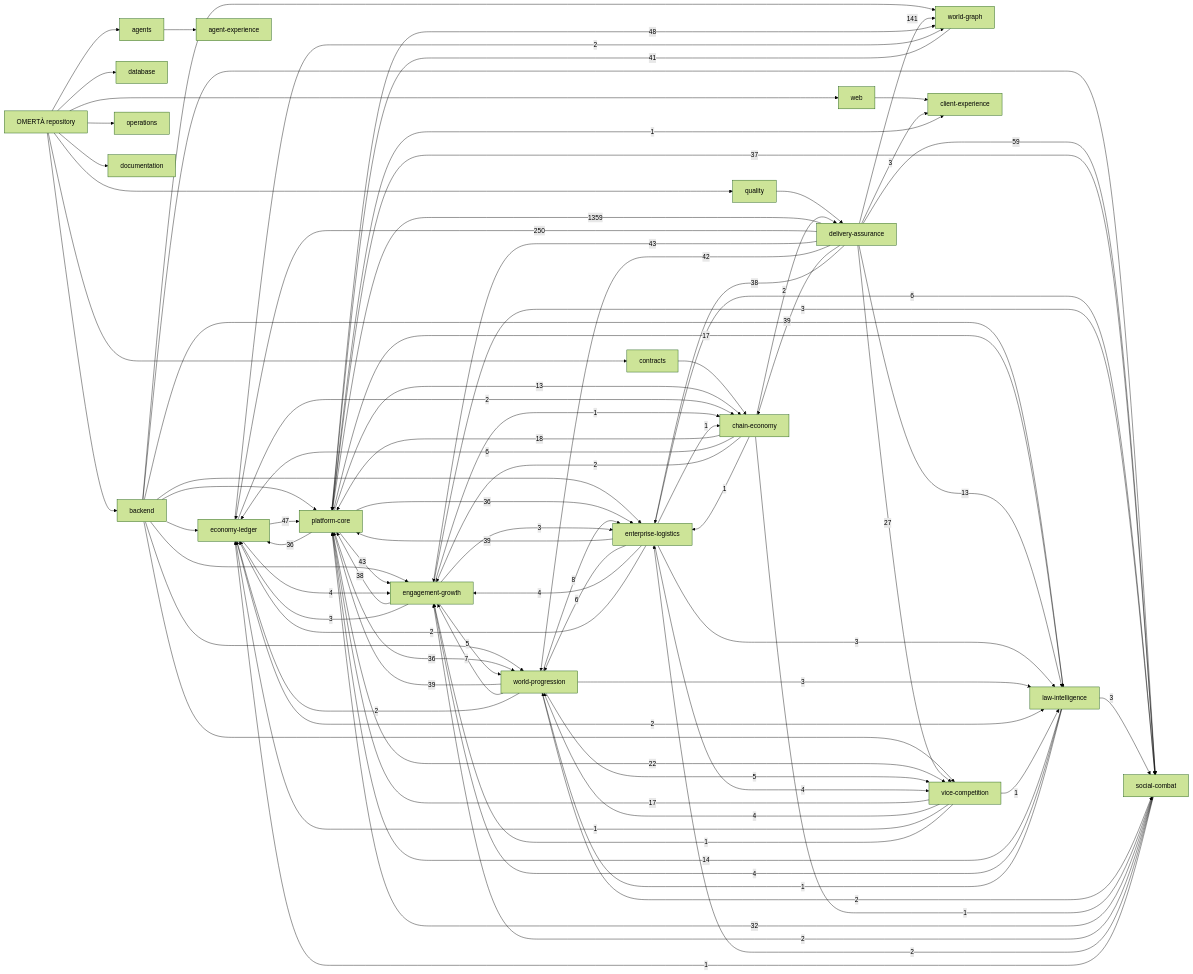
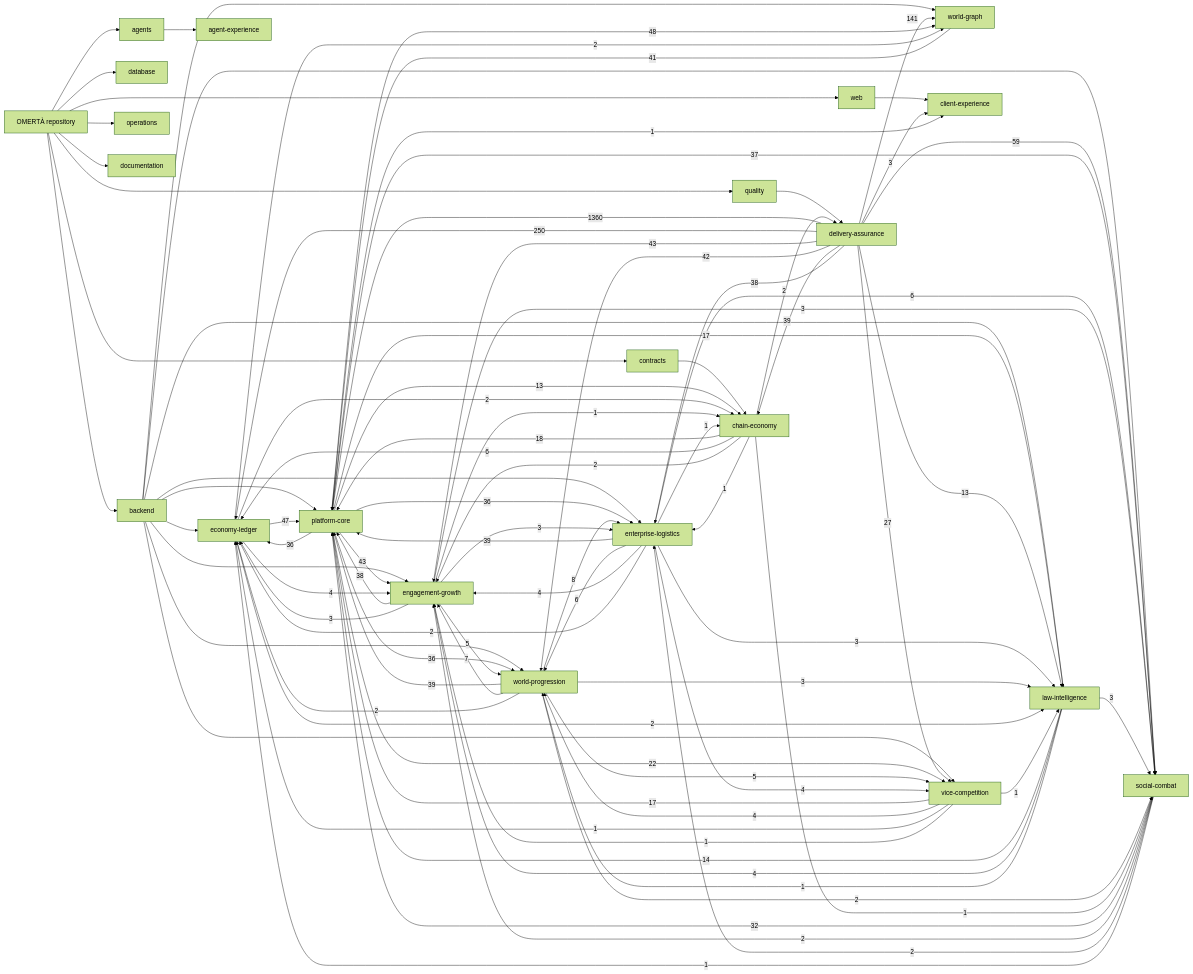
One commit to OmertaDev/Omerta changed the diagram in knowledge/generated/graph.mmd. Above: the diagram before and after it, drawn with Mermaid (forest theme). The commit also changed 5 other files, not shown here.

```diff
--- a/knowledge/generated/graph.mmd
+++ b/knowledge/generated/graph.mmd
@@ -1,111 +1,111 @@
 flowchart LR
   repo["OMERTÀ repository"]
   sub_backend["backend"]
   repo --> sub_backend
   sub_database["database"]
   repo --> sub_database
   sub_web["web"]
   repo --> sub_web
   sub_contracts["contracts"]
   repo --> sub_contracts
   sub_agents["agents"]
   repo --> sub_agents
   sub_quality["quality"]
   repo --> sub_quality
   sub_operations["operations"]
   repo --> sub_operations
   sub_documentation["documentation"]
   repo --> sub_documentation
   dom_platform-core["platform-core"]
   dom_economy-ledger["economy-ledger"]
   dom_social-combat["social-combat"]
   dom_world-progression["world-progression"]
   dom_world-graph["world-graph"]
   dom_enterprise-logistics["enterprise-logistics"]
   dom_vice-competition["vice-competition"]
   dom_law-intelligence["law-intelligence"]
   dom_chain-economy["chain-economy"]
   dom_engagement-growth["engagement-growth"]
   dom_client-experience["client-experience"]
   dom_agent-experience["agent-experience"]
   dom_delivery-assurance["delivery-assurance"]
   sub_agents --> dom_agent-experience
   sub_backend --> dom_economy-ledger
   sub_backend --> dom_engagement-growth
   sub_backend --> dom_enterprise-logistics
   sub_backend --> dom_law-intelligence
   sub_backend --> dom_platform-core
   sub_backend --> dom_social-combat
   sub_backend --> dom_vice-competition
   sub_backend --> dom_world-graph
   sub_backend --> dom_world-progression
   sub_contracts --> dom_chain-economy
   sub_quality --> dom_delivery-assurance
   sub_web --> dom_client-experience
-  dom_delivery-assurance -->|1359| dom_platform-core
+  dom_delivery-assurance -->|1360| dom_platform-core
   dom_delivery-assurance -->|250| dom_economy-ledger
   dom_delivery-assurance -->|141| dom_world-graph
   dom_delivery-assurance -->|59| dom_social-combat
   dom_platform-core -->|48| dom_world-graph
   dom_economy-ledger -->|47| dom_platform-core
   dom_delivery-assurance -->|43| dom_engagement-growth
   dom_platform-core -->|43| dom_engagement-growth
   dom_delivery-assurance -->|42| dom_world-progression
   dom_world-graph -->|41| dom_platform-core
   dom_delivery-assurance -->|39| dom_chain-economy
   dom_enterprise-logistics -->|39| dom_platform-core
   dom_world-progression -->|39| dom_platform-core
   dom_delivery-assurance -->|38| dom_enterprise-logistics
   dom_engagement-growth -->|38| dom_platform-core
   dom_platform-core -->|37| dom_social-combat
   dom_platform-core -->|36| dom_economy-ledger
   dom_platform-core -->|36| dom_enterprise-logistics
   dom_platform-core -->|36| dom_world-progression
   dom_social-combat -->|32| dom_platform-core
   dom_delivery-assurance -->|27| dom_vice-competition
   dom_platform-core -->|22| dom_vice-competition
   dom_chain-economy -->|18| dom_platform-core
   dom_platform-core -->|17| dom_law-intelligence
   dom_vice-competition -->|17| dom_platform-core
   dom_law-intelligence -->|14| dom_platform-core
   dom_delivery-assurance -->|13| dom_law-intelligence
   dom_platform-core -->|13| dom_chain-economy
   dom_world-progression -->|8| dom_enterprise-logistics
   dom_world-progression -->|7| dom_engagement-growth
   dom_chain-economy -->|6| dom_economy-ledger
   dom_enterprise-logistics -->|6| dom_social-combat
   dom_enterprise-logistics -->|6| dom_world-progression
   dom_engagement-growth -->|5| dom_world-progression
   dom_world-progression -->|5| dom_vice-competition
   dom_economy-ledger -->|4| dom_engagement-growth
   dom_enterprise-logistics -->|4| dom_engagement-growth
   dom_enterprise-logistics -->|4| dom_vice-competition
   dom_law-intelligence -->|4| dom_engagement-growth
   dom_vice-competition -->|4| dom_world-progression
   dom_delivery-assurance -->|3| dom_client-experience
   dom_engagement-growth -->|3| dom_economy-ledger
   dom_engagement-growth -->|3| dom_enterprise-logistics
   dom_engagement-growth -->|3| dom_social-combat
   dom_enterprise-logistics -->|3| dom_law-intelligence
   dom_law-intelligence -->|3| dom_social-combat
   dom_world-progression -->|3| dom_law-intelligence
   dom_chain-economy -->|2| dom_delivery-assurance
   dom_chain-economy -->|2| dom_engagement-growth
   dom_economy-ledger -->|2| dom_chain-economy
   dom_economy-ledger -->|2| dom_law-intelligence
   dom_economy-ledger -->|2| dom_world-graph
   dom_enterprise-logistics -->|2| dom_economy-ledger
   dom_social-combat -->|2| dom_engagement-growth
   dom_social-combat -->|2| dom_enterprise-logistics
   dom_world-progression -->|2| dom_economy-ledger
   dom_world-progression -->|2| dom_social-combat
   dom_chain-economy -->|1| dom_enterprise-logistics
   dom_chain-economy -->|1| dom_social-combat
   dom_engagement-growth -->|1| dom_chain-economy
   dom_enterprise-logistics -->|1| dom_chain-economy
   dom_law-intelligence -->|1| dom_world-progression
   dom_platform-core -->|1| dom_client-experience
   dom_social-combat -->|1| dom_economy-ledger
   dom_vice-competition -->|1| dom_economy-ledger
   dom_vice-competition -->|1| dom_engagement-growth
   dom_vice-competition -->|1| dom_law-intelligence
```
